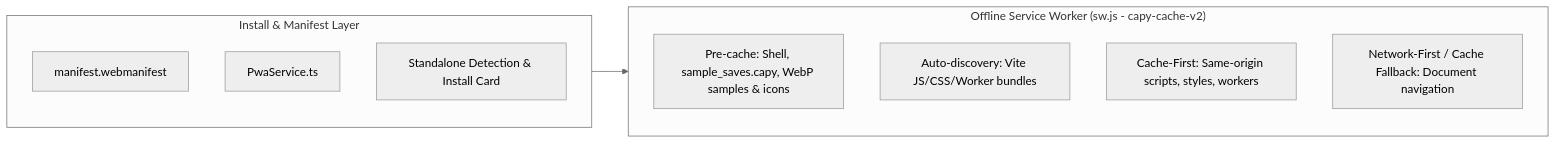
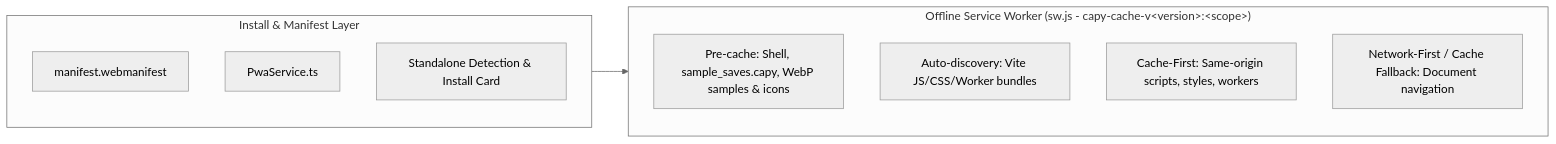
The third of 3 diagrams in WEB.md (shthed/capy), drawn with Mermaid (neutral theme) before and after one commit. The commit also changed other lines of this file and 25 other files, not shown here.

````diff
--- a/WEB.md
+++ b/WEB.md
@@ -387,15 +389,15 @@
 ```mermaid
 flowchart LR
   subgraph ManifestLayer["Install & Manifest Layer"]
     M["manifest.webmanifest"]
     P["PwaService.ts"]
     S["Standalone Detection & Install Card"]
   end
-  subgraph ServiceWorker["Offline Service Worker (sw.js - capy-cache-v2)"]
+  subgraph ServiceWorker["Offline Service Worker (sw.js - capy-cache-v&lt;version&gt;:&lt;scope&gt;)"]
     Pre["Pre-cache: Shell, sample_saves.capy, WebP samples & icons"]
     Auto["Auto-discovery: Vite JS/CSS/Worker bundles"]
     Static["Cache-First: Same-origin scripts, styles, workers"]
     Doc["Network-First / Cache Fallback: Document navigation"]
   end
   ManifestLayer --> ServiceWorker
 ```
````
